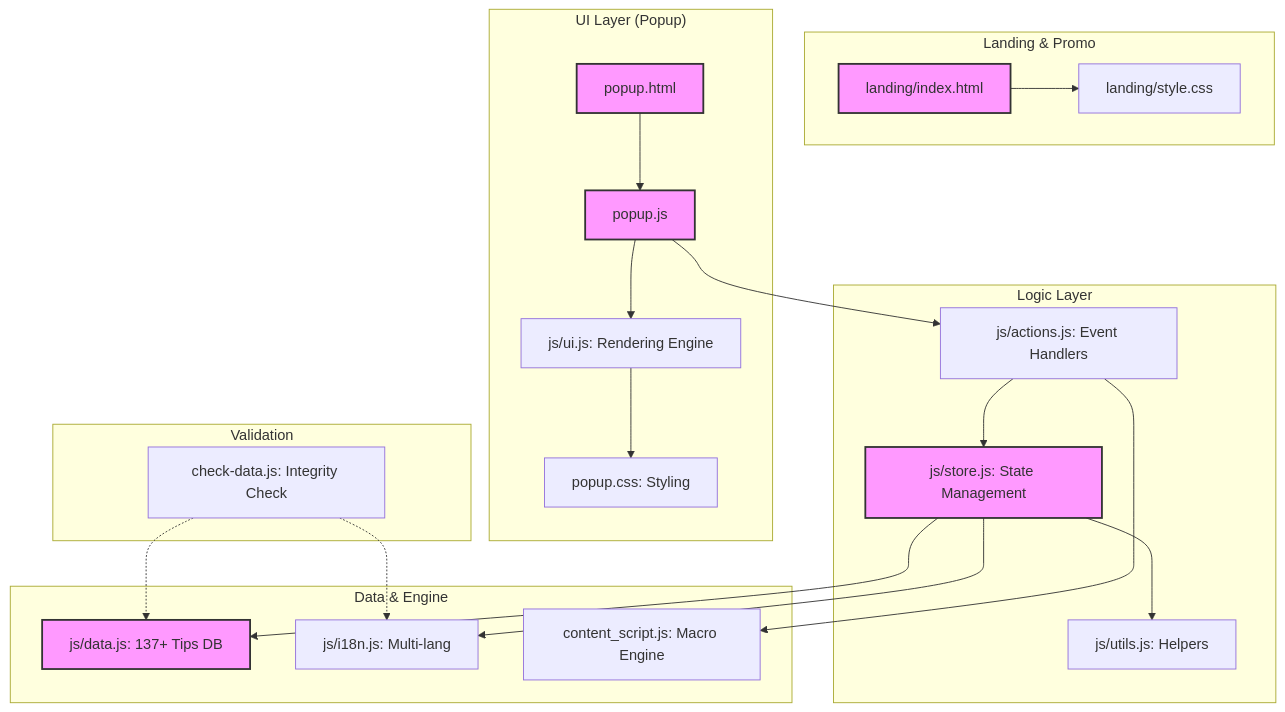
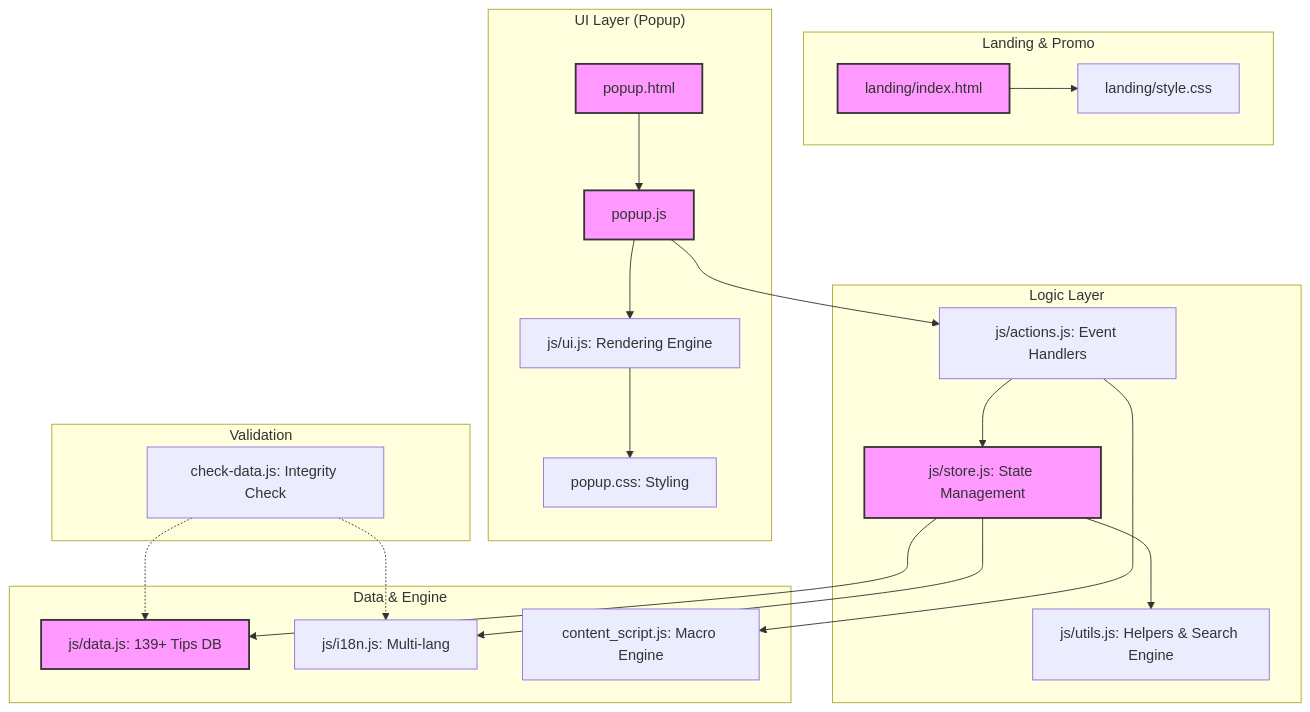
The diagram in PROJECT_GUIDE.md (baekjunha/my-chrome-guide), drawn with Mermaid before and after one commit. The commit also changed other lines of this file and 8 other files, not shown here.

````diff
--- a/PROJECT_GUIDE.md
+++ b/PROJECT_GUIDE.md
@@ -11,32 +11,32 @@
 ```mermaid
 graph TD
     subgraph "Landing & Promo"
         LP[landing/index.html] --> LC[landing/style.css]
     end
 
     subgraph "UI Layer (Popup)"
         P[popup.html] --> JS[popup.js]
         JS --> UI[js/ui.js: Rendering Engine]
         UI --> CSS[popup.css: Styling]
     end
 
     subgraph "Logic Layer"
         JS --> ACT[js/actions.js: Event Handlers]
         ACT --> STORE[js/store.js: State Management]
-        STORE --> UTIL[js/utils.js: Helpers]
+        STORE --> UTIL[js/utils.js: Helpers & Search Engine]
     end
 
     subgraph "Data & Engine"
-        STORE --> DATA[js/data.js: 137+ Tips DB]
+        STORE --> DATA[js/data.js: 139+ Tips DB]
         STORE --> I18N[js/i18n.js: Multi-lang]
         ACT --> CS[content_script.js: Macro Engine]
     end
 
     subgraph "Validation"
         CHK[check-data.js: Integrity Check] -.-> DATA
         CHK -.-> I18N
     end
 
     classDef primary fill:#f9f,stroke:#333,stroke-width:2px;
     class P,JS,STORE,DATA,LP primary;
 ```
````
